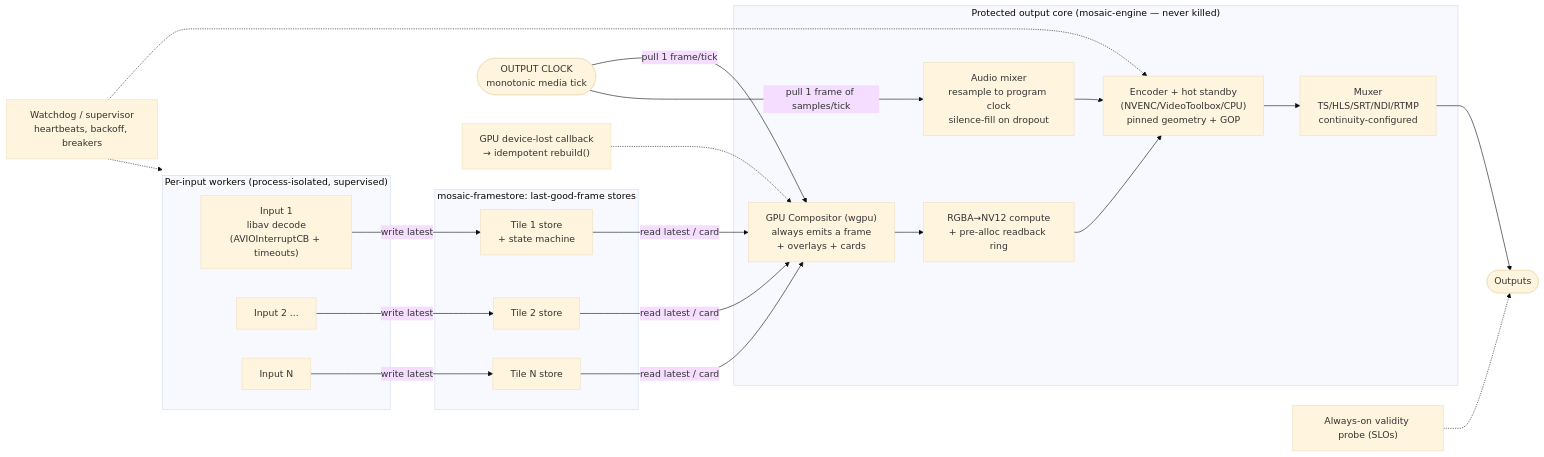
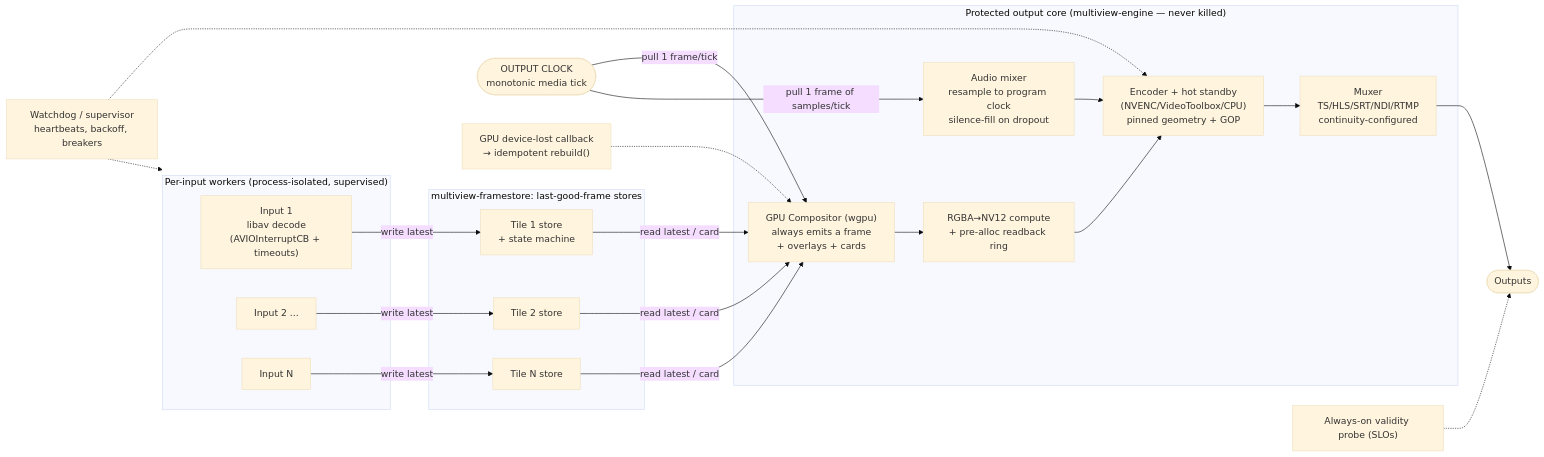
One commit to aperim/multiview changed the first of 2 diagrams in docs/architecture/resilience.md. Above: the diagram before and after it, drawn with Mermaid (base theme). The commit also changed other lines of this file and 1009 other files, not shown here.

First line of the commit message:
refactor: rename project mosaic → multiview

````diff
--- a/docs/architecture/resilience.md
+++ b/docs/architecture/resilience.md
@@ -47,40 +47,40 @@
 ```mermaid
 flowchart LR
     subgraph Inputs["Per-input workers (process-isolated, supervised)"]
       I1["Input 1<br/>libav decode<br/>(AVIOInterruptCB + timeouts)"]
       I2["Input 2 ..."]
       IN["Input N"]
     end
 
-    subgraph Stores["mosaic-framestore: last-good-frame stores"]
+    subgraph Stores["multiview-framestore: last-good-frame stores"]
       FS1["Tile 1 store<br/>+ state machine"]
       FS2["Tile 2 store"]
       FSN["Tile N store"]
     end
 
     I1 -- write latest --> FS1
     I2 -- write latest --> FS2
     IN -- write latest --> FSN
 
     OC(["OUTPUT CLOCK<br/>monotonic media tick"])
 
-    subgraph Core["Protected output core (mosaic-engine — never killed)"]
+    subgraph Core["Protected output core (multiview-engine — never killed)"]
       COMP["GPU Compositor (wgpu)<br/>always emits a frame<br/>+ overlays + cards"]
       RGBA2NV12["RGBA→NV12 compute<br/>+ pre-alloc readback ring"]
       MIX["Audio mixer<br/>resample to program clock<br/>silence-fill on dropout"]
       ENC["Encoder + hot standby<br/>(NVENC/VideoToolbox/CPU)<br/>pinned geometry + GOP"]
       MUX["Muxer<br/>TS/HLS/SRT/NDI/RTMP<br/>continuity-configured"]
     end
 
     OC -- pull 1 frame/tick --> COMP
     OC -- pull 1 frame of samples/tick --> MIX
     FS1 & FS2 & FSN -- read latest / card --> COMP
     COMP --> RGBA2NV12 --> ENC
     MIX --> ENC
     ENC --> MUX --> OUT(["Outputs"])
 
     DLC["GPU device-lost callback<br/>→ idempotent rebuild()"] -.-> COMP
     WD["Watchdog / supervisor<br/>heartbeats, backoff, breakers"] -.-> Inputs
     WD -.-> ENC
     PROBE["Always-on validity probe (SLOs)"] -.-> OUT
 ```
````
